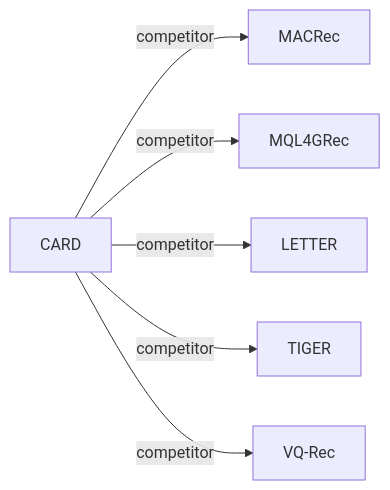
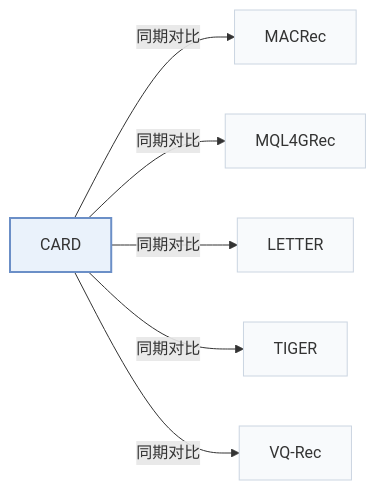
One commit to Galaxy-ghost/Awesome-SID-Generative-Rec changed the second of 2 diagrams in pages/zh/papers/card.md. Above: the diagram before and after it, drawn with Mermaid. The commit also changed other lines of this file and 649 other files, not shown here.

Commit message:
writer-05: also tags and modality index (schema, check, build, visuals); summary field removed; calibration data for 12 papers

````diff
--- a/pages/zh/papers/card.md
+++ b/pages/zh/papers/card.md
@@ -69,9 +74,13 @@
 ```mermaid
 flowchart LR
     P["CARD"]
-    P -->|competitor| A["MACRec"]
-    P -->|competitor| B["MQL4GRec"]
-    P -->|competitor| C["LETTER"]
-    P -->|competitor| D["TIGER"]
-    P -->|competitor| E["VQ-Rec"]
+    P -->|"同期对比"| A["MACRec"]
+    P -->|"同期对比"| B["MQL4GRec"]
+    P -->|"同期对比"| C["LETTER"]
+    P -->|"同期对比"| D["TIGER"]
+    P -->|"同期对比"| E["VQ-Rec"]
+    classDef main fill:#eaf2fb,stroke:#6b8fc7,stroke-width:2px
+    classDef peer fill:#f8fafc,stroke:#cbd5e1
+    class P main
+    class A,B,C,D,E peer
 ```
````
